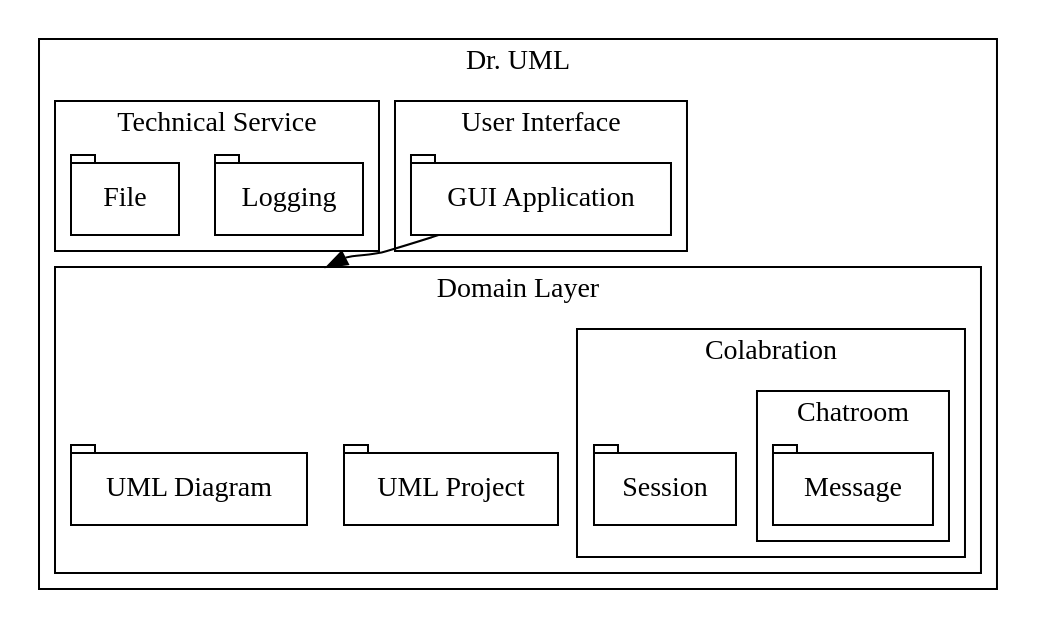
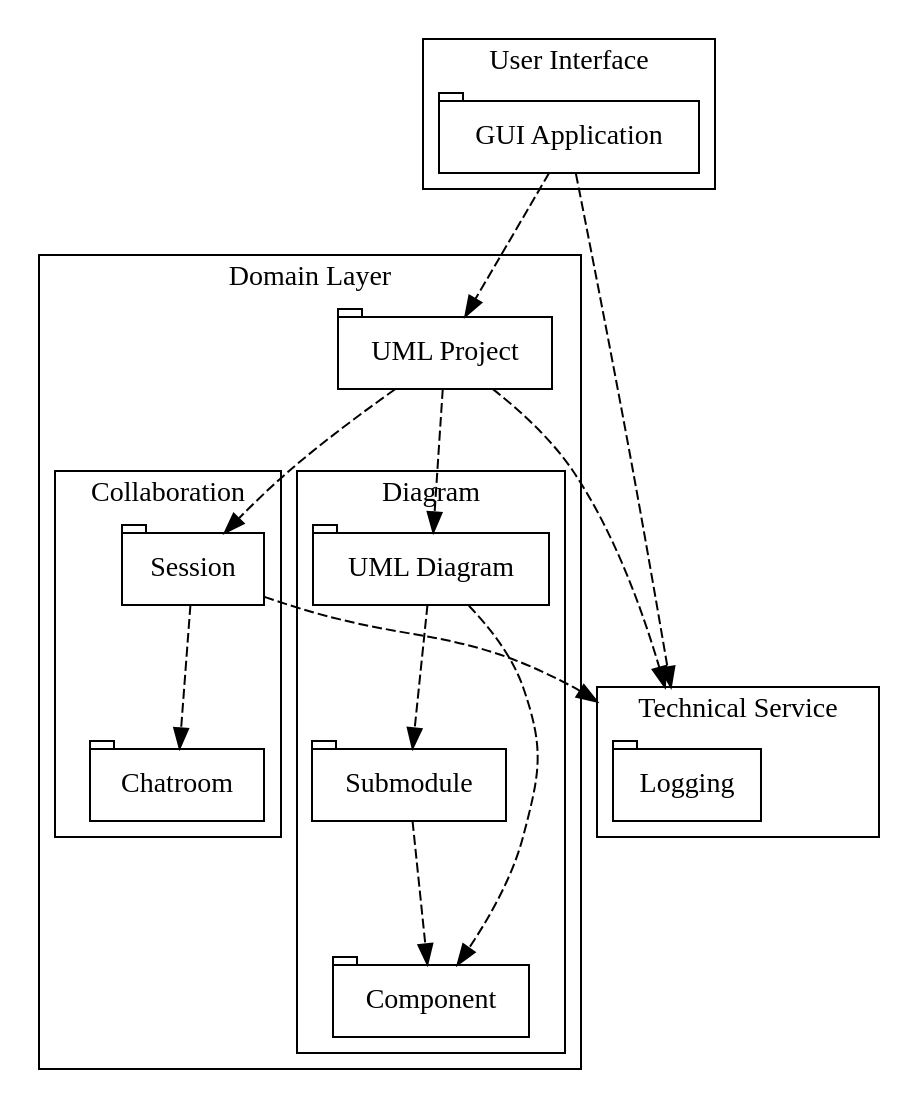
Before and after one commit to Vghxv/Dr.UML__________________: the diagram in docs/graphs/pkg.dot, drawn with Graphviz.

Commit message:
docs(doc): pkg diagram

```diff
--- a/docs/graphs/pkg.dot
+++ b/docs/graphs/pkg.dot
@@ -1,49 +1,70 @@
 digraph diagram {
+    //  newrank = true;
     compound = true;
-    ranksep = 1
-    node [shape = record]
+    ranksep = 1;
 
-    subgraph cluster_all {
-    label = "Dr. UML"
+    node [shape = record;];
+
 
     subgraph cluster_presentation {
-    label = "User Interface"
+        label = "User Interface";
+        rank = "min";
 
-    node [shape = tab]
-    "GUI Application"
-
+        node [shape = tab;];
+        "GUI Application";
     }
 
+
+
     subgraph cluster_business {
-    shape = tab
-    label = "Domain Layer"
-    node [shape = tab]
-    "UML Project"
-    "UML Diagram"
+        label = "Domain Layer\n";
+        rank = same;
+        node [shape = tab;];
+        "UML Project";
 
-    subgraph cluster_colab {
-    label = "Colabration"
-    node [shape = tab]
-    "Session"
-    subgraph cluster_chatroom {
-    label = "Chatroom"
-    node [shape = tab]
-    "Message"
+        subgraph cluster_colab {
+            rank = "same";
+            label = "Collaboration";
+            node [shape = tab;];
+            "Session";
+            "Chatroom";
+            node [shape = tab;];
+            "Session" -> "Chatroom" [style = dashed;];
+        }
+        "UML Project" -> "Session" [style = dashed; ltail = cluster_colab;];
+
+        subgraph cluster_canvas {
+            shape = tab;
+            label = "Diagram";
+            rank = same
+            rankdir = "RL"
+            node [shape = tab;];
+            "UML Diagram";
+            "Submodule";
+            "Component";
+            subgraph cluster_component {
+                shape = tab;
+                label = "Component";
+                node [shape = tab;];
+            }
+        }
+        "UML Project" -> "UML Diagram" [style = dashed];
+        "UML Diagram" -> "Component" [style = dashed];
+        "Submodule" -> "Component" [style = dashed;];
+        "UML Diagram" -> "Submodule" [style = dashed;];
     }
-    }
-    }
-    "GUI Application" -> "UML Diagram" [lhead = cluster_business]
 
-    //    "Presentation Logic" -> "UML Diagram" [lhead = cluster_business]
+    "GUI Application" -> "UML Project" [style = dashed;];
 
     subgraph cluster_tech {
-    shape = tab
-    label = "Technical Service"
-    node [shape = tab]
-    "Logging"
-    "File"
-    }
-    //    "UML Project" -> ""
+        shape = tab;
+        label = "Technical Service";
+        rank = same;
+        node [shape = tab;];
+        "Logging";
     }
 
+    "GUI Application" -> "Logging" [style = dashed; lhead = cluster_tech;];
+    "Session" -> "Logging" [style = dashed; lhead = cluster_tech;];
+    "UML Project" -> "Logging" [style = dashed; lhead = cluster_tech;];
 }
```
